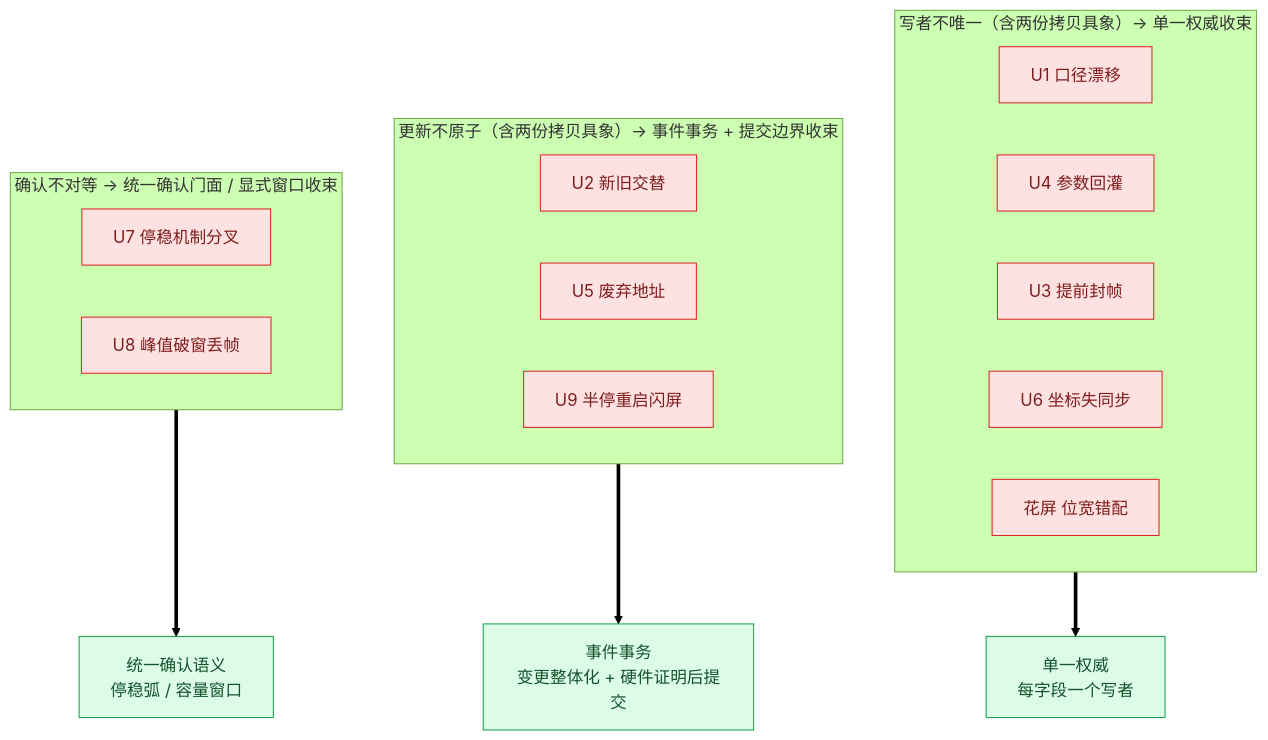
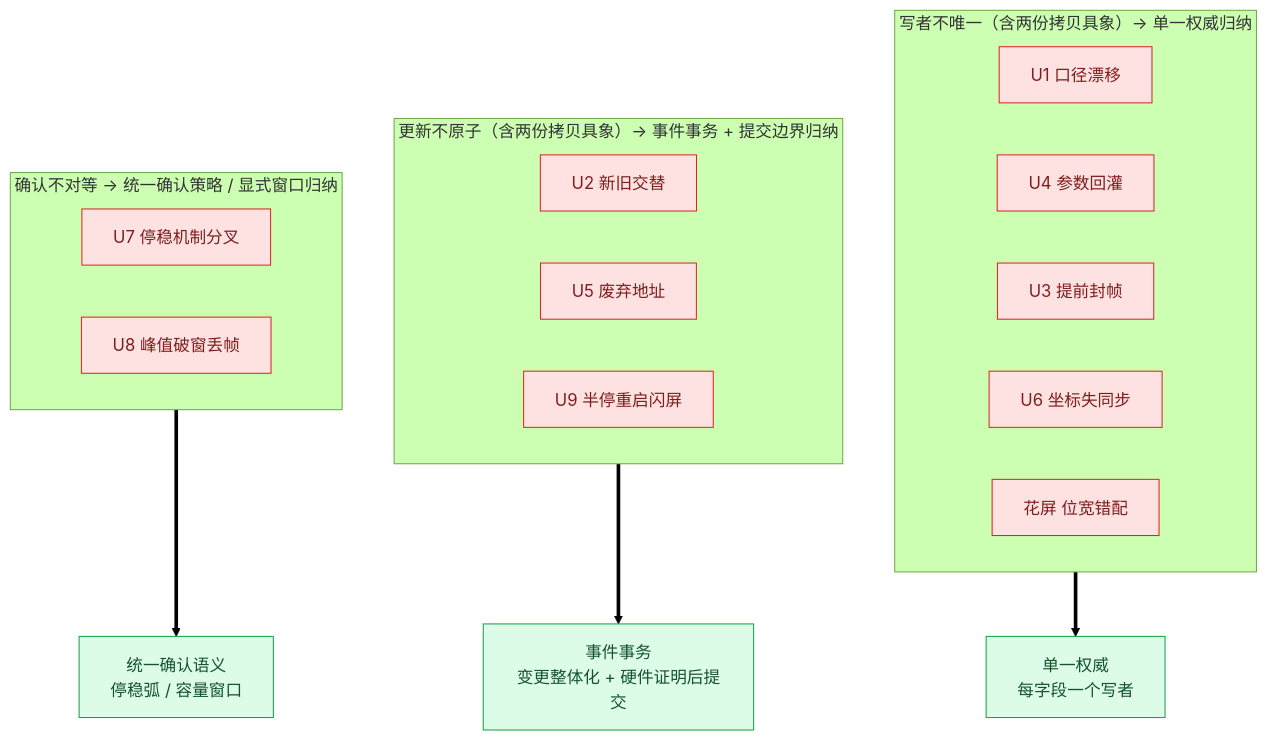
Diagram 15 of 15 in docs/example_ISP_pipeline_design_consistency_avoidance_zh.md (DeguiLiu/coact), drawn with Mermaid (forest theme) before and after one commit. The commit also changed other lines of this file and 8 other files, not shown here.

````diff
--- a/docs/example_ISP_pipeline_design_consistency_avoidance_zh.md
+++ b/docs/example_ISP_pipeline_design_consistency_avoidance_zh.md
@@ -756,27 +780,27 @@
 ```mermaid
 flowchart TB
-    subgraph BYWRITEPATH["写者不唯一（含两份拷贝具象）→ 单一权威收束"]
+    subgraph BYWRITEPATH["写者不唯一（含两份拷贝具象）→ 单一权威归纳"]
         U1a["U1 口径漂移"]:::bad
         U4a["U4 参数回灌"]:::bad
         U3a["U3 提前封帧"]:::bad
         U6a["U6 坐标失同步"]:::bad
         GA["花屏 位宽错配"]:::bad
     end
-    subgraph BYPROPAGATION["更新不原子（含两份拷贝具象）→ 事件事务 + 提交边界收束"]
+    subgraph BYPROPAGATION["更新不原子（含两份拷贝具象）→ 事件事务 + 提交边界归纳"]
         U2a["U2 新旧交替"]:::bad
         U5a["U5 废弃地址"]:::bad
         U9a["U9 半停重启闪屏"]:::bad
     end
-    subgraph BYCONFIRM["确认不对等 → 统一确认门面 / 显式窗口收束"]
+    subgraph BYCONFIRM["确认不对等 → 统一确认策略 / 显式窗口归纳"]
         U7a["U7 停稳机制分叉"]:::bad
         U8a["U8 峰值破窗丢帧"]:::bad
     end
     A1["单一权威<br/>每字段一个写者"]:::ok
     A2["事件事务<br/>变更整体化 + 硬件证明后提交"]:::ok
     A3["统一确认语义<br/>停稳弧 / 容量窗口"]:::ok
     BYWRITEPATH ==> A1
     BYPROPAGATION ==> A2
     BYCONFIRM ==> A3
     classDef bad fill:#fee2e2,stroke:#dc2626,color:#7f1d1d
     classDef ok fill:#dcfce7,stroke:#16a34a,color:#14532d
 ```
````
